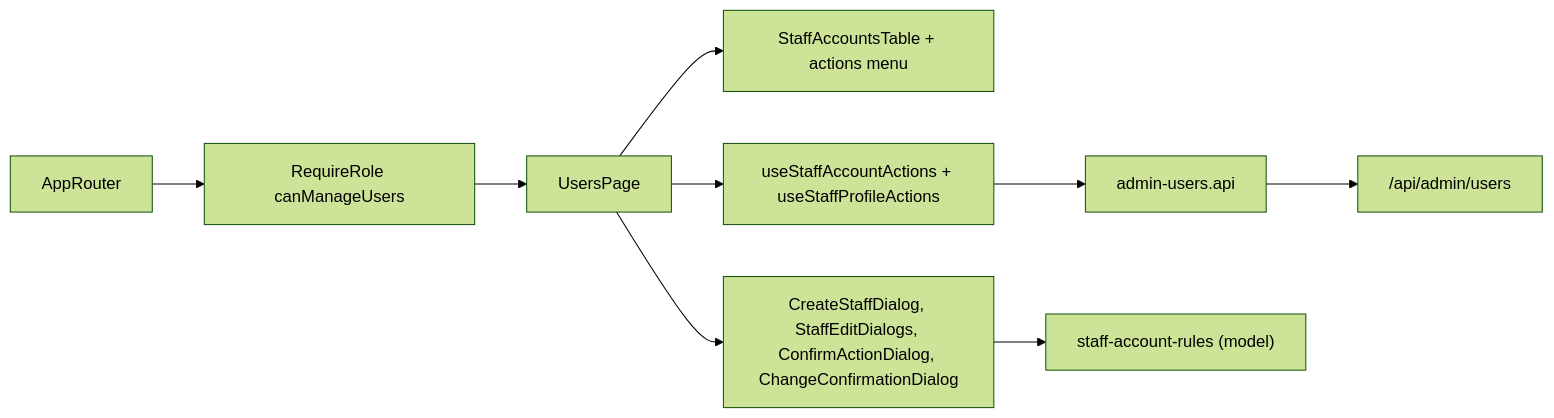
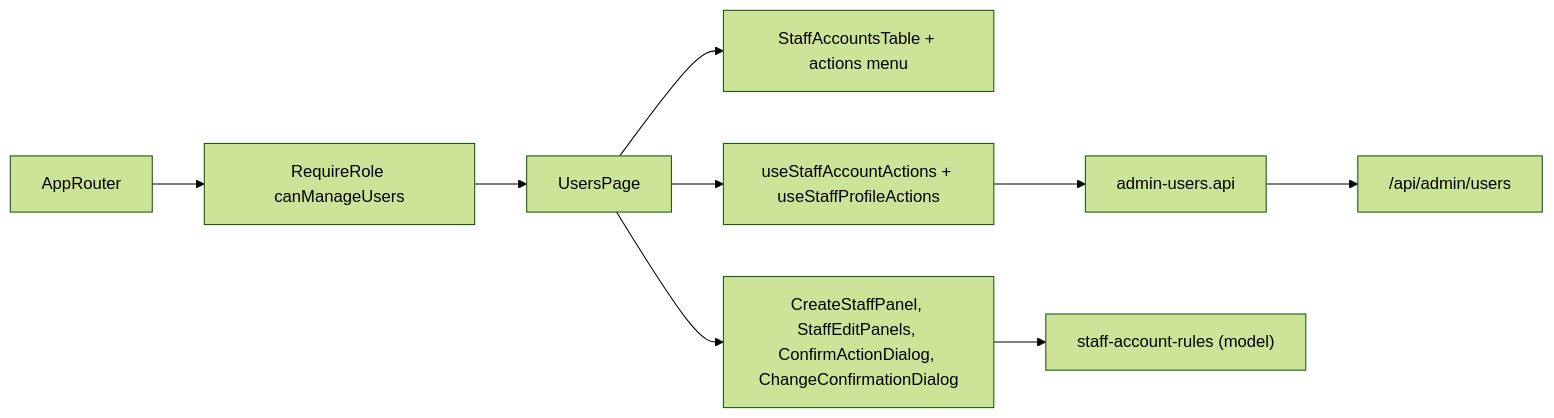
The diagram in docs/features/admin/users.md (Weretik/kedr-web), drawn with Mermaid (forest theme) before and after one commit. The commit also changed other lines of this file and 35 other files, not shown here.

First line of the commit message:
feat(admin): edit gallery, home page blocks and users in the right panel

````diff
--- a/docs/features/admin/users.md
+++ b/docs/features/admin/users.md
@@ -13,9 +13,9 @@
 ```mermaid
 flowchart LR
 Router["AppRouter"] --> Role["RequireRole canManageUsers"] --> Page["UsersPage"]
 Page --> Table["StaffAccountsTable + actions menu"]
-Page --> Dialogs["CreateStaffDialog, StaffEditDialogs, ConfirmActionDialog, ChangeConfirmationDialog"]
+Page --> Dialogs["CreateStaffPanel, StaffEditPanels, ConfirmActionDialog, ChangeConfirmationDialog"]
 Page --> Actions["useStaffAccountActions + useStaffProfileActions"]
 Actions --> Api["admin-users.api"] --> Backend["/api/admin/users"]
 Dialogs --> Rules["staff-account-rules (model)"]
 ```
````
